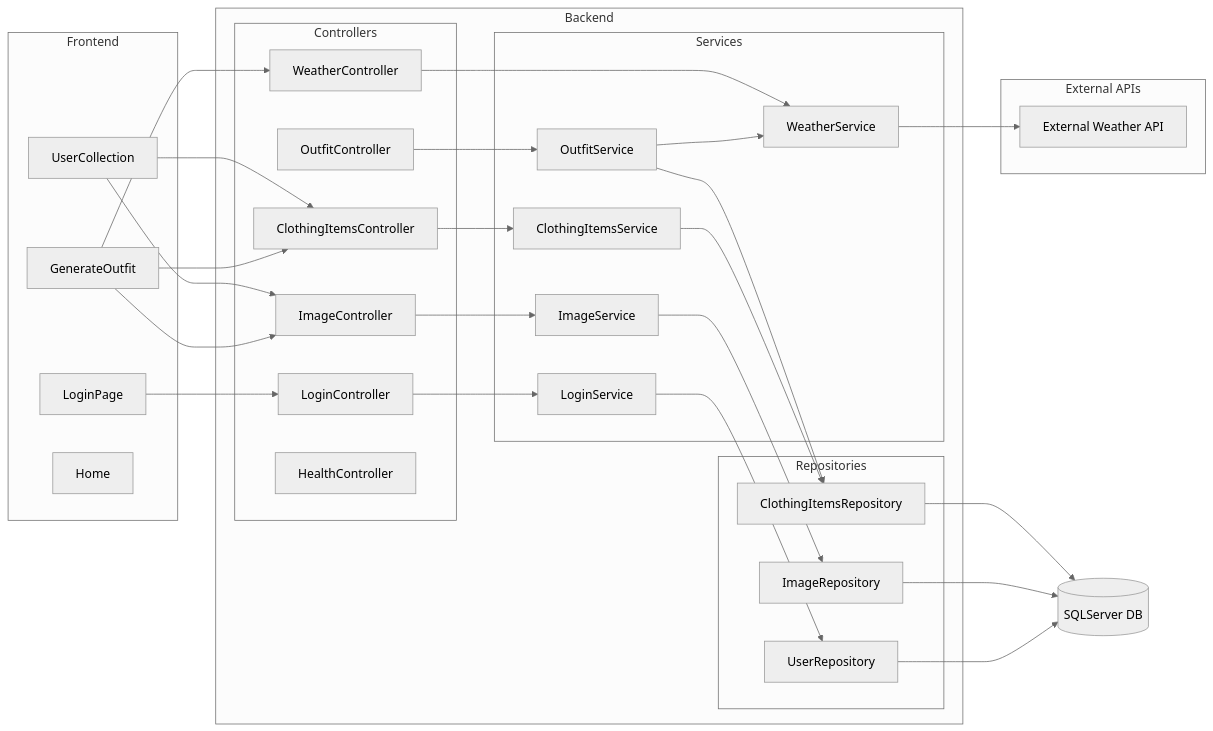
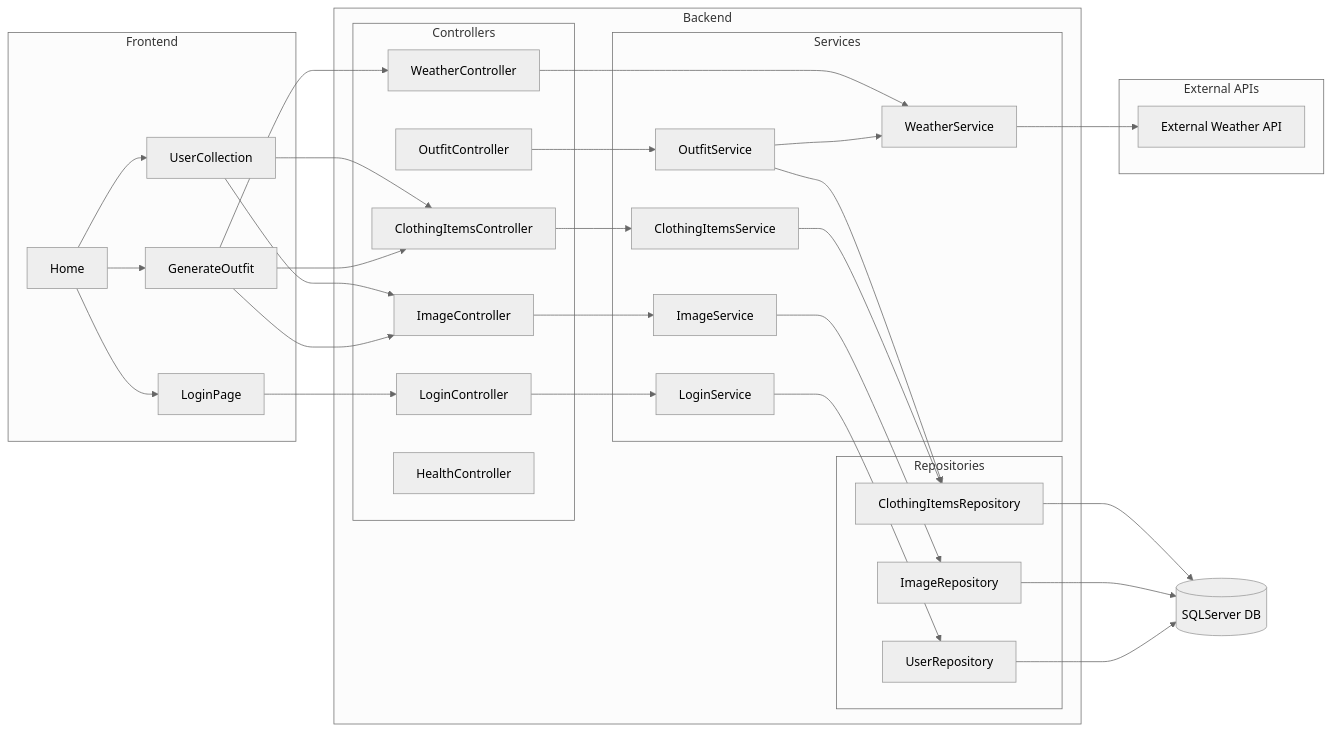
One commit to sz-99/Trendify changed the diagram in README.md. Above: the diagram before and after it, drawn with Mermaid (neutral theme).

Commit message:
Move home controller into the graph

````diff
--- a/README.md
+++ b/README.md
@@ -20,60 +20,64 @@
 ```mermaid
 flowchart LR
 
 subgraph Backend
 subgraph Controllers
     A[ClothingItemsController]
     C[ImageController]
     G[OutfitController]
     E[LoginController]
     J[WeatherController]
     L[HealthController]
 end
 
 subgraph Services
     B[ClothingItemsService]
     H[OutfitService] 
     K[WeatherService]
     D[ImageService]
     F[LoginService]
 end
 
 subgraph Repositories
     M[ClothingItemsRepository]
     N[ImageRepository]
     O[UserRepository]
 end
 end
 
 subgraph "External APIs"
     P[External Weather API]
 end
 
 subgraph "Frontend"
     R[LoginPage]
     S[UserCollection]
     T[GenerateOutfit]
     U[Home]
+
+    U --> R
+    U --> S
+    U --> T
 end
 
 A --> B
 G --> H 
 H --> M
 J--> K
 H --> K
 
 B --> M
 C --> D --> N
 E --> F --> O
 K --> P
 M --> Q[(SQLServer DB)]
 N --> Q
 O --> Q
 
 R --> E
 S --> A
 S --> C
 T --> J
 T --> A
 T --> C
 ```
````
